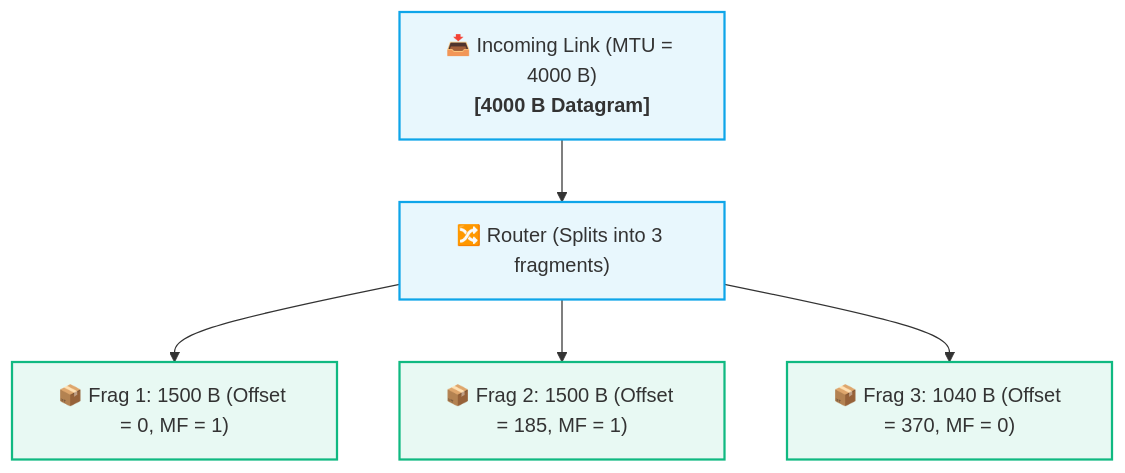
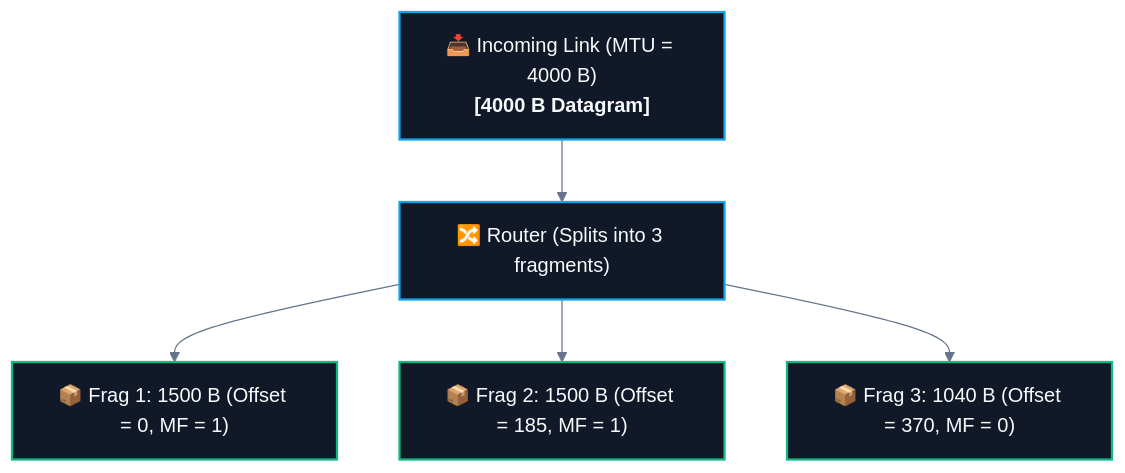
One commit to abhinavbharti2345/CS_Notes changed the second of 3 diagrams in CS/Computer Networking/02. Data Flow & Encapsulation/05. MTU and Fragmentation.md. Above: the diagram before and after it, drawn with Mermaid. The commit also changed other lines of this file and 195 other files, not shown here.

````diff
--- a/CS/Computer Networking/02. Data Flow & Encapsulation/05. MTU and Fragmentation.md
+++ b/CS/Computer Networking/02. Data Flow & Encapsulation/05. MTU and Fragmentation.md
@@ -61,13 +62,14 @@
 ```mermaid
+%%{init: {'theme': 'base', 'themeVariables': { 'darkMode': true, 'background': '#0B0F14', 'mainBkg': '#111827', 'primaryColor': '#111827', 'primaryTextColor': '#F8FAFC', 'primaryBorderColor': '#38BDF8', 'lineColor': '#64748B', 'secondaryColor': '#0B0F14', 'tertiaryColor': '#0B0F14', 'clusterBkg': '#0B0F14', 'clusterBorder': '#38BDF8' }}}%%
 flowchart TD
     In["📥 Incoming Link (MTU = 4000 B)<br/><b>[4000 B Datagram]</b>"] --> Router["🔀 Router (Splits into 3 fragments)"]
     
     Router --> F1["📦 Frag 1: 1500 B (Offset = 0, MF = 1)"]
     Router --> F2["📦 Frag 2: 1500 B (Offset = 185, MF = 1)"]
     Router --> F3["📦 Frag 3: 1040 B (Offset = 370, MF = 0)"]
 
-    classDef nodeStyle fill:#0ea5e918,stroke:#0ea5e9,stroke-width:1.8px;
-    classDef fragStyle fill:#10b98118,stroke:#10b981,stroke-width:1.8px;
+    classDef nodeStyle fill:#111827,stroke:#0ea5e9,stroke-width:1.8px,color:#F8FAFC;
+    classDef fragStyle fill:#111827,stroke:#10b981,stroke-width:1.8px,color:#F8FAFC;
     class In,Router nodeStyle;
     class F1,F2,F3 fragStyle;
 ```
````
